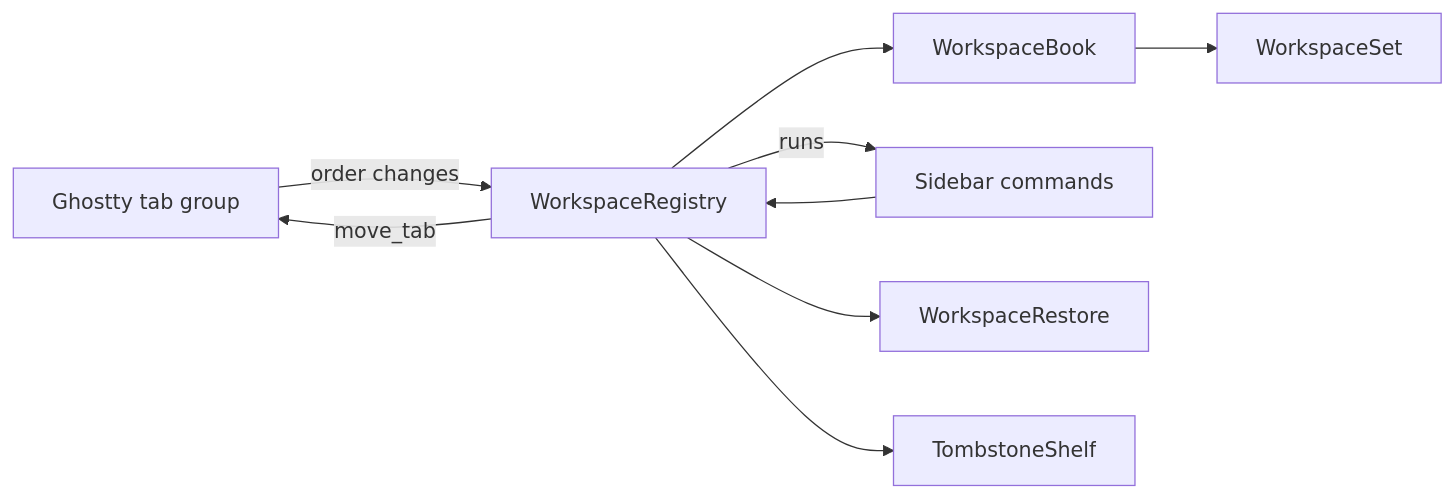
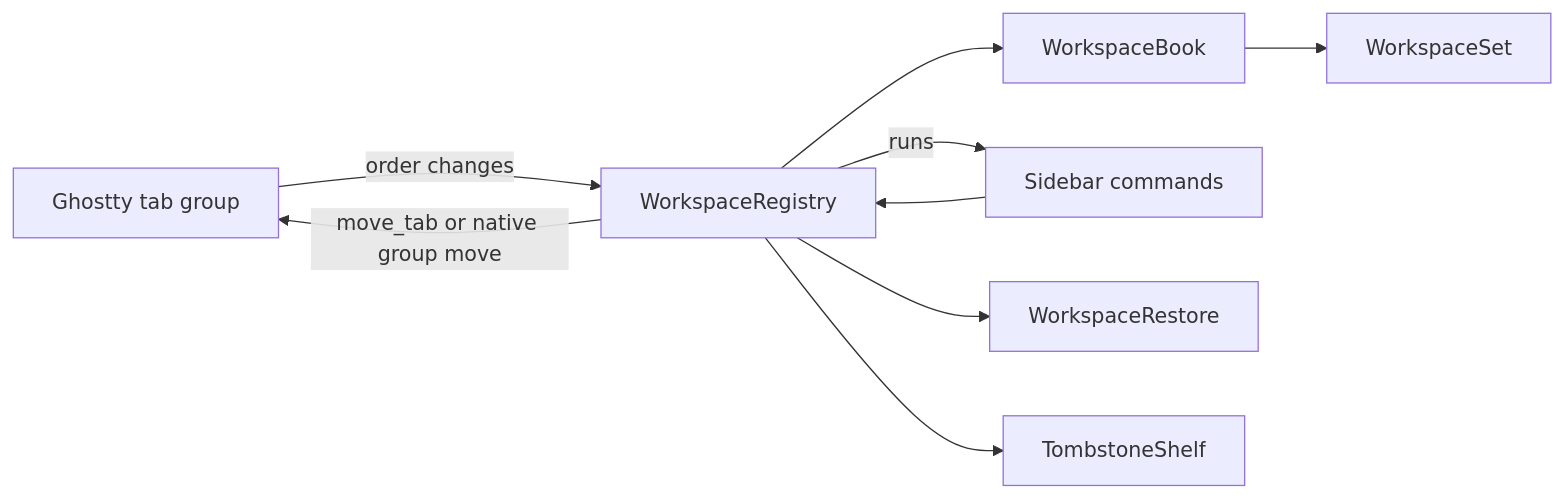
The diagram in docs/modules/workspaces.md (daniil4545/tarn), drawn with Mermaid before and after one commit. The commit also changed other lines of this file and 6 other files, not shown here.

Commit message:
docs: stale sidebar drag, group move and modules notes before tarn-v1.3.0

````diff
--- a/docs/modules/workspaces.md
+++ b/docs/modules/workspaces.md
@@ -11,11 +11,11 @@
 ```mermaid
 flowchart LR
   gh["Ghostty tab group"] -->|"order changes"| reg["WorkspaceRegistry"]
   reg --> book["WorkspaceBook"]
   book --> set["WorkspaceSet"]
   side["Sidebar commands"] --> reg
-  reg -->|"move_tab"| gh
+  reg -->|"move_tab or native group move"| gh
   reg -->|"runs"| side
   reg --> snap["WorkspaceRestore"]
   reg --> tomb["TombstoneShelf"]
 ```
````
